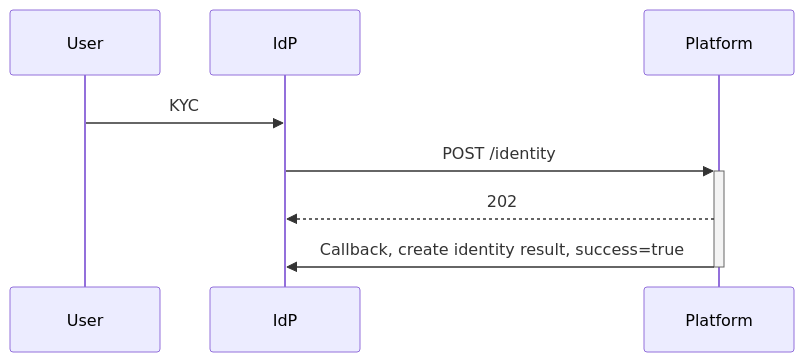
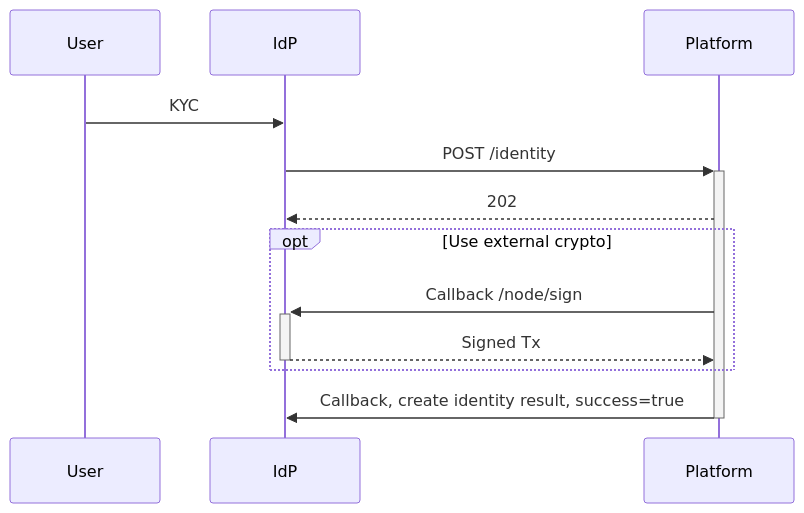
The first of 3 diagrams in flows/create-identity.md (ndidplatform/ndidplatform.github.io), drawn with Mermaid before and after one commit. The commit also changed other lines of this file and 2 other files, not shown here.

Commit message:
Add opt flows to sequence diagrams

````diff
--- a/flows/create-identity.md
+++ b/flows/create-identity.md
@@ -11,10 +11,14 @@
 ```mermaid
 sequenceDiagram
     participant User
     participant IdP
     participant Platform
     User->>IdP: KYC
     IdP->>+Platform: POST /identity
     Platform-->>IdP: 202
+    opt Use external crypto
+        Platform->>+IdP: Callback /node/sign
+        IdP-->>-Platform: Signed Tx
+    end
     Platform->>-IdP: Callback, create identity result, success=true
 ```
````
